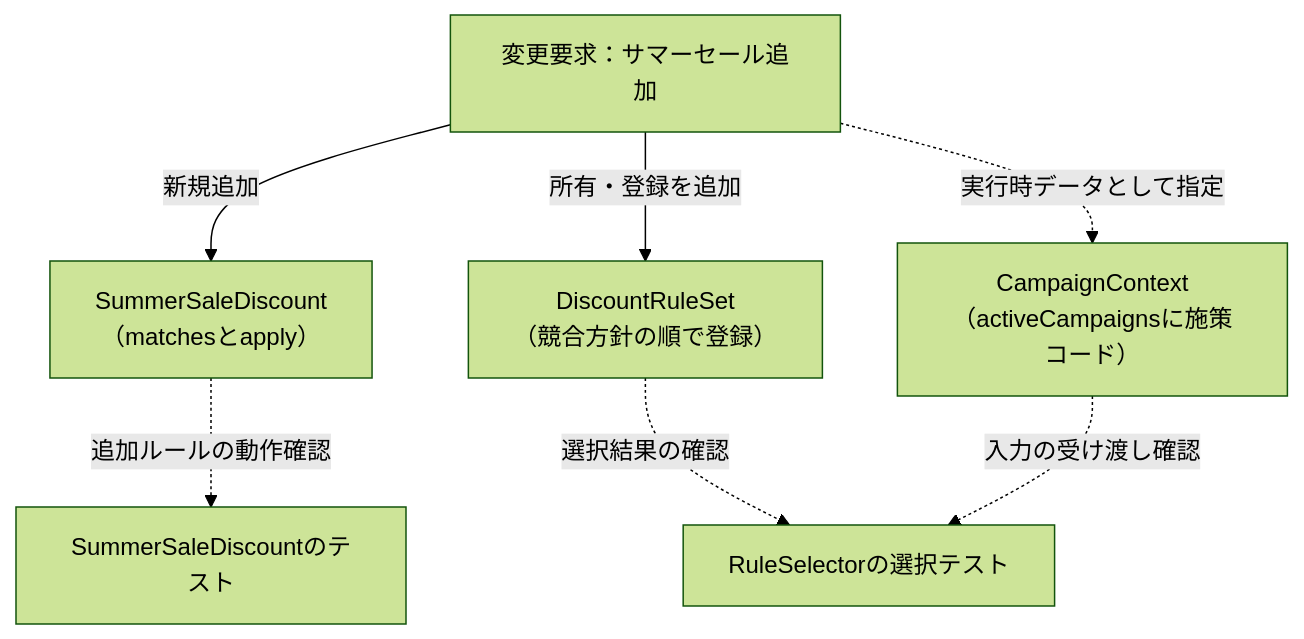
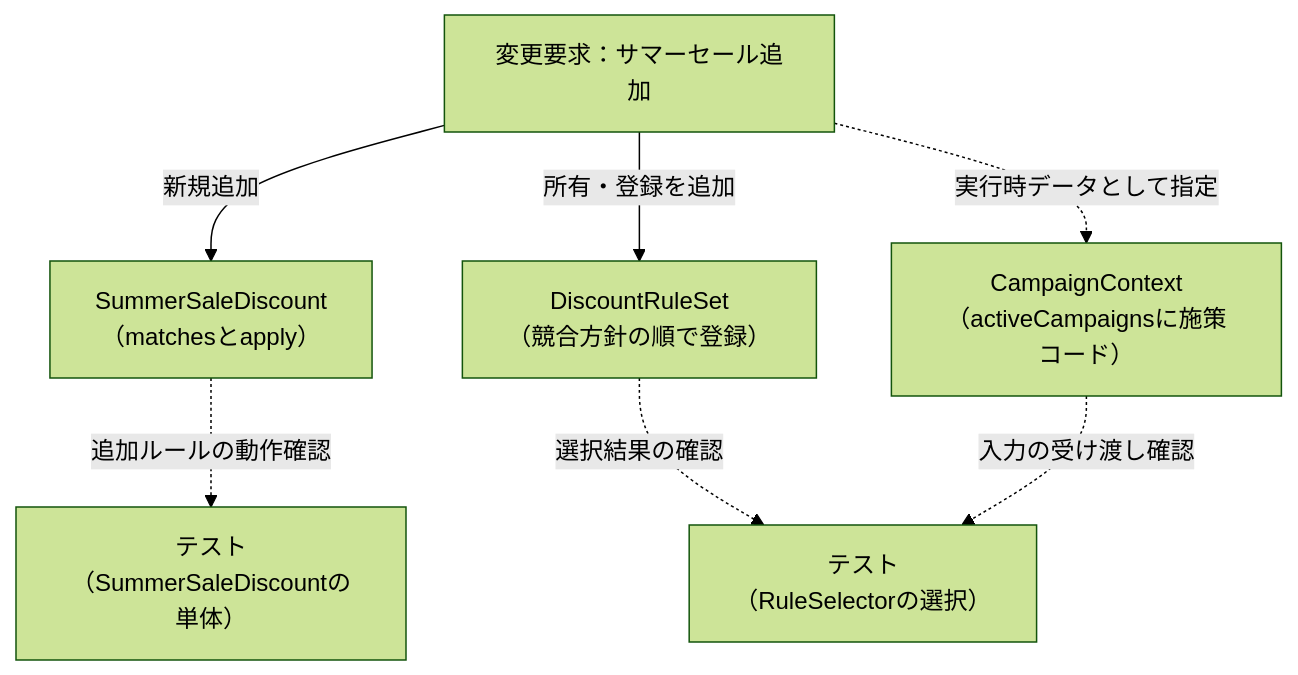
Diagram 12 of 14 in kindle/design-patterns/books/volume01-core-patterns/output/chapter01.md (kumachan1101-pixel/DesignPattern), drawn with Mermaid (forest theme) before and after one commit. The commit also changed other lines of this file and 8 other files, not shown here.

````diff
--- a/kindle/design-patterns/books/volume01-core-patterns/output/chapter01.md
+++ b/kindle/design-patterns/books/volume01-core-patterns/output/chapter01.md
@@ -2876,10 +2867,10 @@
 ```mermaid
 graph TD
     T1["変更要求：サマーセール追加"]
         -->|新規追加| N1["SummerSaleDiscount<br>（matchesとapply）"]
     T1 -->|所有・登録を追加| N2["DiscountRuleSet<br>（競合方針の順で登録）"]
     T1 -.->|実行時データとして指定| N3["CampaignContext<br>（activeCampaignsに施策コード）"]
-    N1 -.->|追加ルールの動作確認| T2["SummerSaleDiscountのテスト"]
-    N2 -.->|選択結果の確認| T3["RuleSelectorの選択テスト"]
+    N1 -.->|追加ルールの動作確認| T2["テスト<br>（SummerSaleDiscountの単体）"]
+    N2 -.->|選択結果の確認| T3["テスト<br>（RuleSelectorの選択）"]
     N3 -.->|入力の受け渡し確認| T3
 ```
````
